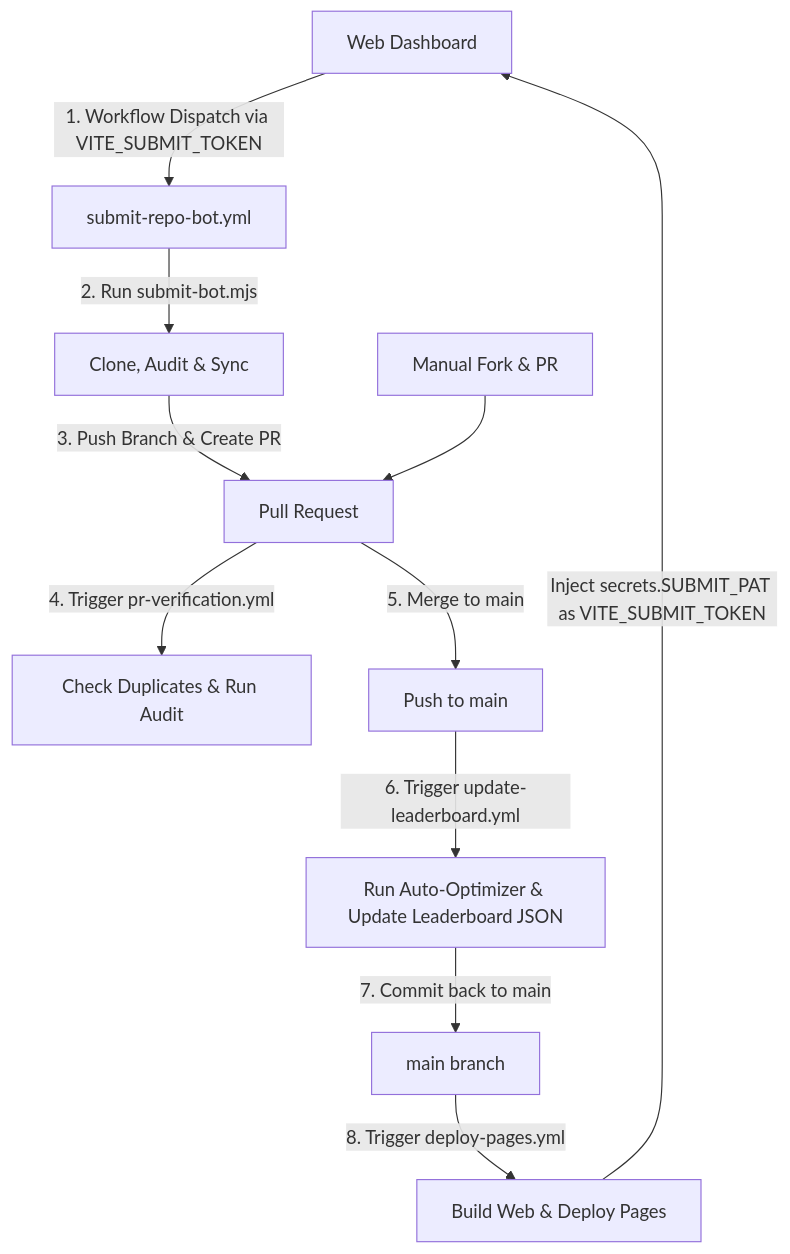
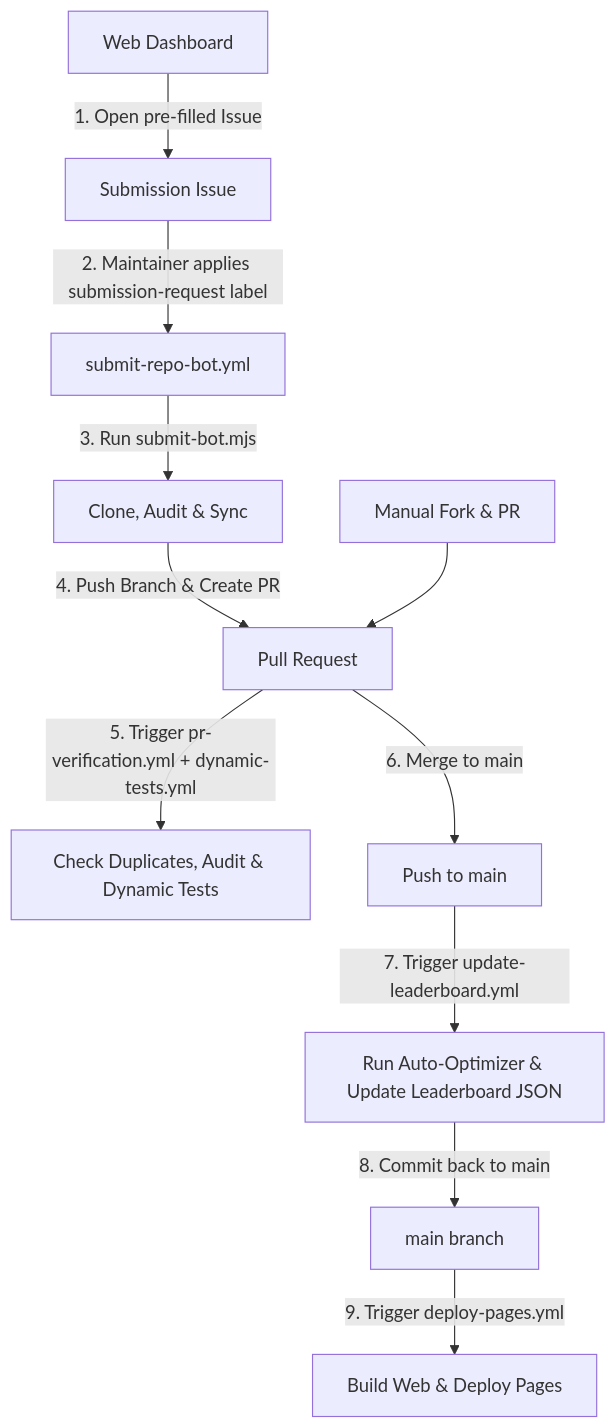
One commit to ThanhNguyxnOrg/SkillGauge changed the diagram in docs/ci_pipeline.md. Above: the diagram before and after it, drawn with Mermaid. The commit also changed other lines of this file and 6 other files, not shown here.

First line of the commit message:
fix(security): remove SUBMIT_PAT from the public Pages bundle (#22)

````diff
--- a/docs/ci_pipeline.md
+++ b/docs/ci_pipeline.md
@@ -11,20 +11,20 @@
 ```mermaid
 graph TD
     %% Web Submission Flow
-    Web[Web Dashboard] -->|1. Workflow Dispatch via VITE_SUBMIT_TOKEN| SubmitWorkflow[submit-repo-bot.yml]
-    SubmitWorkflow -->|2. Run submit-bot.mjs| BotScript[Clone, Audit & Sync]
-    BotScript -->|3. Push Branch & Create PR| PR[Pull Request]
+    Web[Web Dashboard] -->|1. Open pre-filled Issue| Issue[Submission Issue]
+    Issue -->|2. Maintainer applies submission-request label| SubmitWorkflow[submit-repo-bot.yml]
+    SubmitWorkflow -->|3. Run submit-bot.mjs| BotScript[Clone, Audit & Sync]
+    BotScript -->|4. Push Branch & Create PR| PR[Pull Request]
 
     %% PR Verification Flow
     Manual[Manual Fork & PR] --> PR
-    PR -->|4. Trigger pr-verification.yml| Verify[Check Duplicates & Run Audit]
+    PR -->|5. Trigger pr-verification.yml + dynamic-tests.yml| Verify[Check Duplicates, Audit & Dynamic Tests]
 
     %% Merge / Update Leaderboard Flow
-    PR -->|5. Merge to main| Merge[Push to main]
-    Merge -->|6. Trigger update-leaderboard.yml| UpdateLeaderboard[Run Auto-Optimizer & Update Leaderboard JSON]
-    UpdateLeaderboard -->|7. Commit back to main| MainRepo[main branch]
+    PR -->|6. Merge to main| Merge[Push to main]
+    Merge -->|7. Trigger update-leaderboard.yml| UpdateLeaderboard[Run Auto-Optimizer & Update Leaderboard JSON]
+    UpdateLeaderboard -->|8. Commit back to main| MainRepo[main branch]
 
     %% Deploy Web Dashboard
-    MainRepo -->|8. Trigger deploy-pages.yml| DeployPages[Build Web & Deploy Pages]
-    DeployPages -->|Inject secrets.SUBMIT_PAT as VITE_SUBMIT_TOKEN| Web
+    MainRepo -->|9. Trigger deploy-pages.yml| DeployPages[Build Web & Deploy Pages]
 ```
````
